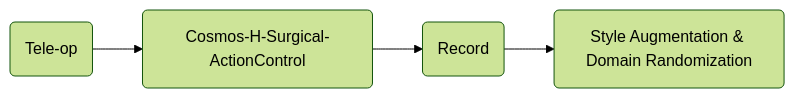
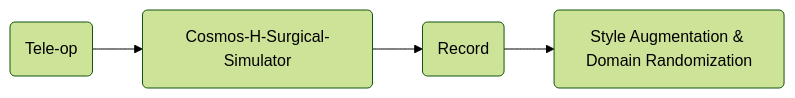
One commit to isaac-for-healthcare/i4h-tutorials changed the diagram in synthetic-data-generation/surgical_robotic_generative_physics_simulator/README.md. Above: the diagram before and after it, drawn with Mermaid (forest theme).

````diff
--- a/synthetic-data-generation/surgical_robotic_generative_physics_simulator/README.md
+++ b/synthetic-data-generation/surgical_robotic_generative_physics_simulator/README.md
@@ -7,6 +7,6 @@
 ```mermaid
 flowchart LR
-    A("Tele-op") --> B("Cosmos-H-Surgical-ActionControl")
+    A("Tele-op") --> B("Cosmos-H-Surgical-Simulator")
     B --> C("Record")
     C --> D("Style Augmentation & Domain Randomization")
 ```
````
